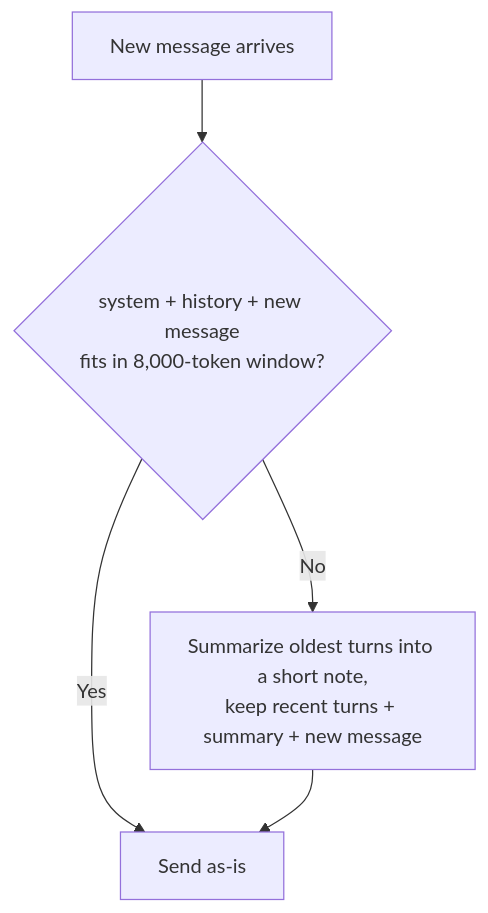
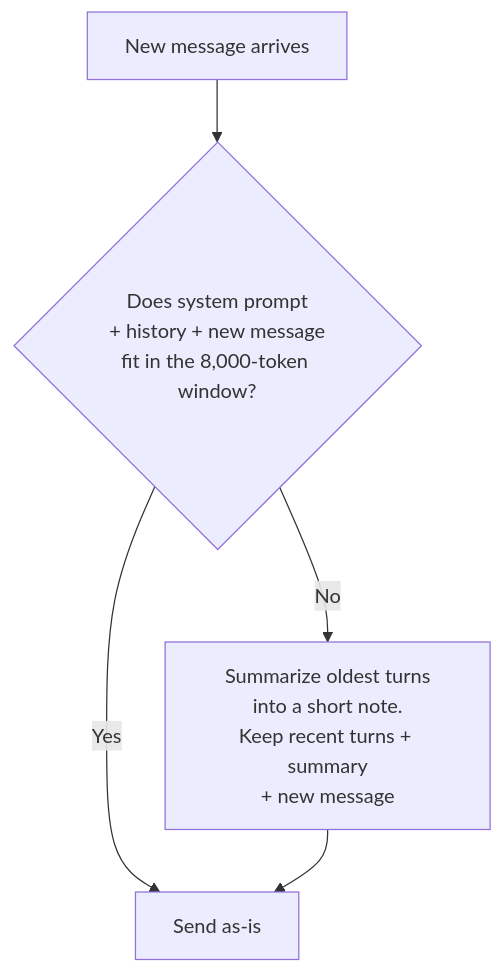
One commit to riyaz-pasha/Learnings changed the seventh of 13 diagrams in system-design/HLD/0-course/42-Design-a-ChatGPT-System-FAANG-Guide-story.md. Above: the diagram before and after it, drawn with Mermaid. The commit also changed other lines of this file and 1 other file, not shown here.

Commit message:
[REWRITE] ChatGPT System story guide: simplify prose, add structure, fix diagrams

````diff
--- a/system-design/HLD/0-course/42-Design-a-ChatGPT-System-FAANG-Guide-story.md
+++ b/system-design/HLD/0-course/42-Design-a-ChatGPT-System-FAANG-Guide-story.md
@@ -180,7 +395,7 @@
 ```mermaid
 flowchart TD
-    A[New message arrives] --> B{"system + history + new message<br/>fits in 8,000-token window?"}
-    B -->|Yes| C[Send as-is]
-    B -->|No| D["Summarize oldest turns into a short note,<br/>keep recent turns + summary + new message"]
+    A["New message arrives"] --> B{"Does system prompt<br/>+ history + new message<br/>fit in the 8,000-token window?"}
+    B -->|"Yes"| C["Send as-is"]
+    B -->|"No"| D["Summarize oldest turns<br/>into a short note.<br/>Keep recent turns + summary<br/>+ new message"]
     D --> C
 ```
````
